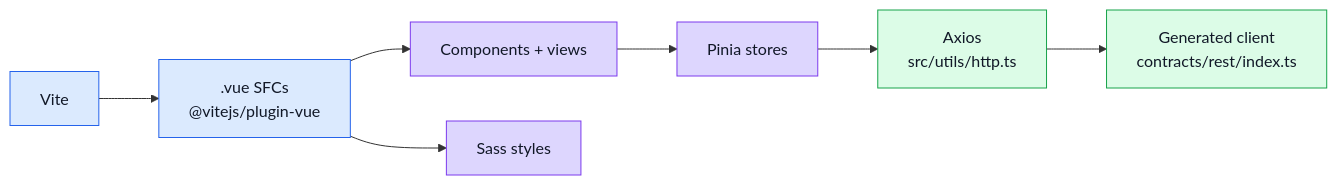
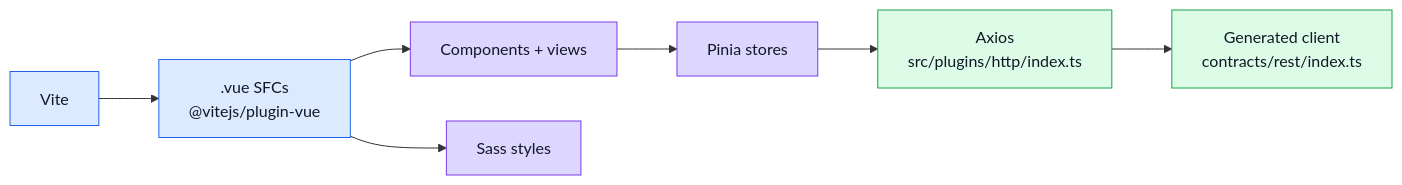
The diagram in docs/tools/runtime.md (Guebbit/boilerplate-vue-frontend), drawn with Mermaid before and after one commit. The commit also changed other lines of this file and 148 other files, not shown here.

````diff
--- a/docs/tools/runtime.md
+++ b/docs/tools/runtime.md
@@ -18,17 +18,17 @@
 ```mermaid
 %%{init: {'flowchart': {'nodeSpacing': 45, 'rankSpacing': 60}}}%%
 flowchart LR
     Vite --> SFC[".vue SFCs\n@vitejs/plugin-vue"]
     SFC --> Components[Components + views]
     SFC --> Styles[Sass styles]
     Components --> Pinia[Pinia stores]
-    Pinia --> Axios[Axios\nsrc/utils/http.ts]
+    Pinia --> Axios[Axios\nsrc/plugins/http/index.ts]
     Axios --> API[Generated client\ncontracts/rest/index.ts]
 
     classDef build fill:#dbeafe,stroke:#2563eb,color:#111827;
     classDef app fill:#ddd6fe,stroke:#7c3aed,color:#111827;
     classDef http fill:#dcfce7,stroke:#16a34a,color:#111827;
     class Vite,SFC build;
     class Components,Styles,Pinia app;
     class Axios,API http;
 ```
````
